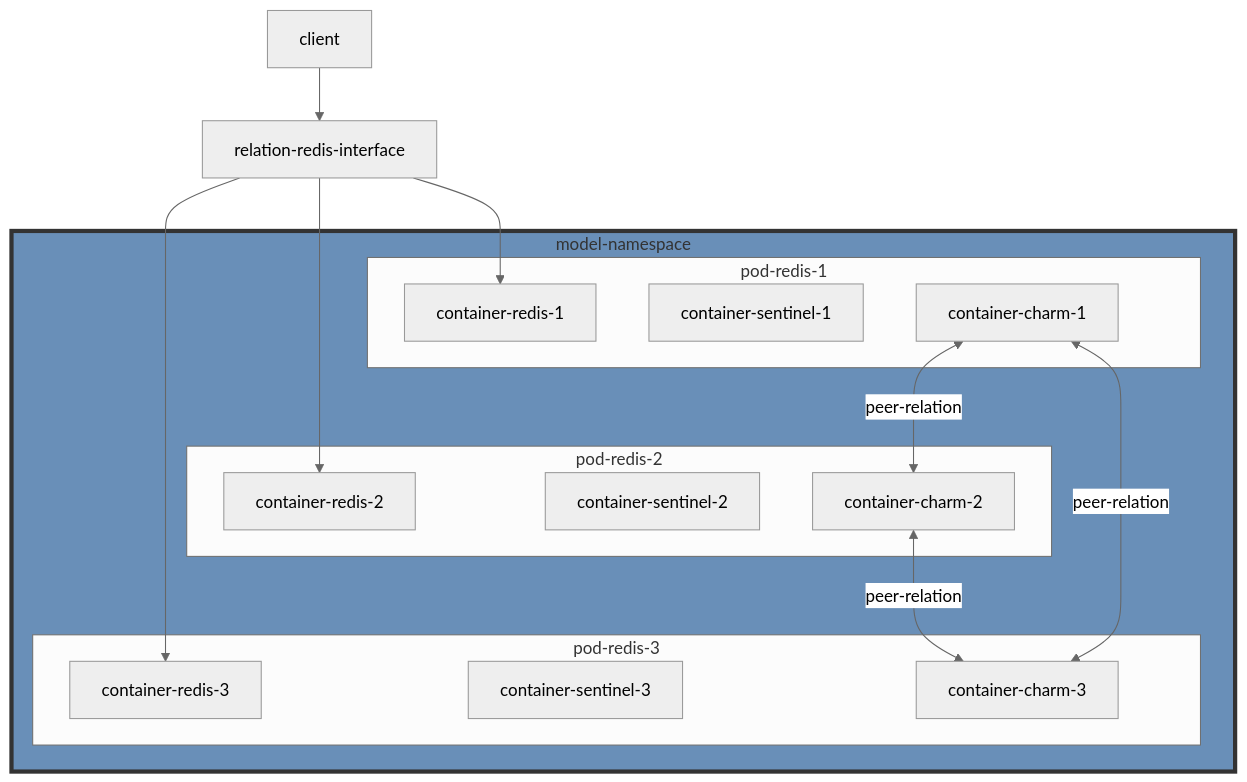
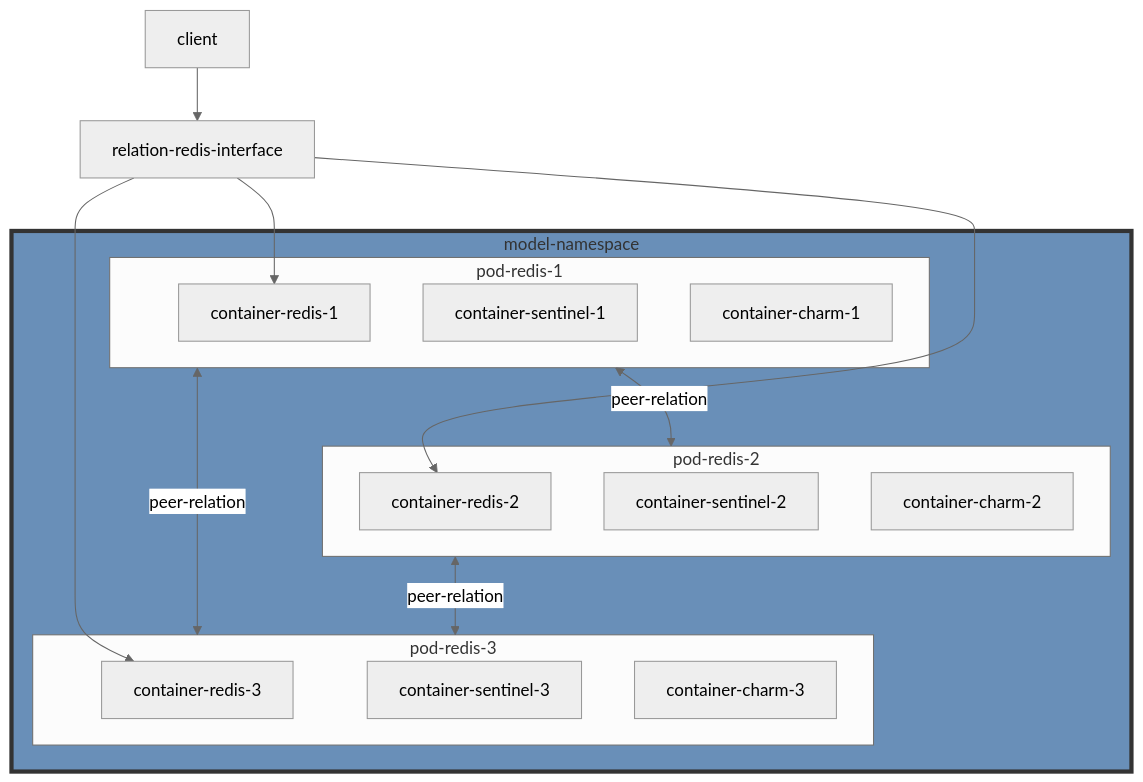
The third of 3 diagrams in tutorial-operator-charm/architecture.md (jneo8/juju-guides), drawn with Mermaid (neutral theme) before and after one commit. The commit also changed 7 other files, not shown here.

````diff
--- a/tutorial-operator-charm/architecture.md
+++ b/tutorial-operator-charm/architecture.md
@@ -60,38 +60,38 @@
 ```mermaid
 flowchart TD
 
 client --> relation-redis-interface
 relation-redis-interface --> container-redis-1
 relation-redis-interface --> container-redis-2
 relation-redis-interface --> container-redis-3
 
 style model-namespace fill:#698FB8,stroke:#333,stroke-width:4px
 
 subgraph model-namespace
 pod-redis-1
 pod-redis-2
 pod-redis-3
 end
 
 subgraph pod-redis-1
 container-redis-1
 container-sentinel-1
 container-charm-1
 end
 
 subgraph pod-redis-2
 container-redis-2
 container-sentinel-2
 container-charm-2
 end
 
 subgraph pod-redis-3
 container-redis-3
 container-sentinel-3
 container-charm-3
 end
 
-container-charm-1 <--peer-relation--> container-charm-2
-container-charm-1 <--peer-relation--> container-charm-3
-container-charm-2 <--peer-relation--> container-charm-3
+pod-redis-1 <--peer-relation--> pod-redis-2
+pod-redis-1 <--peer-relation--> pod-redis-3
+pod-redis-2 <--peer-relation--> pod-redis-3
 ```
````
